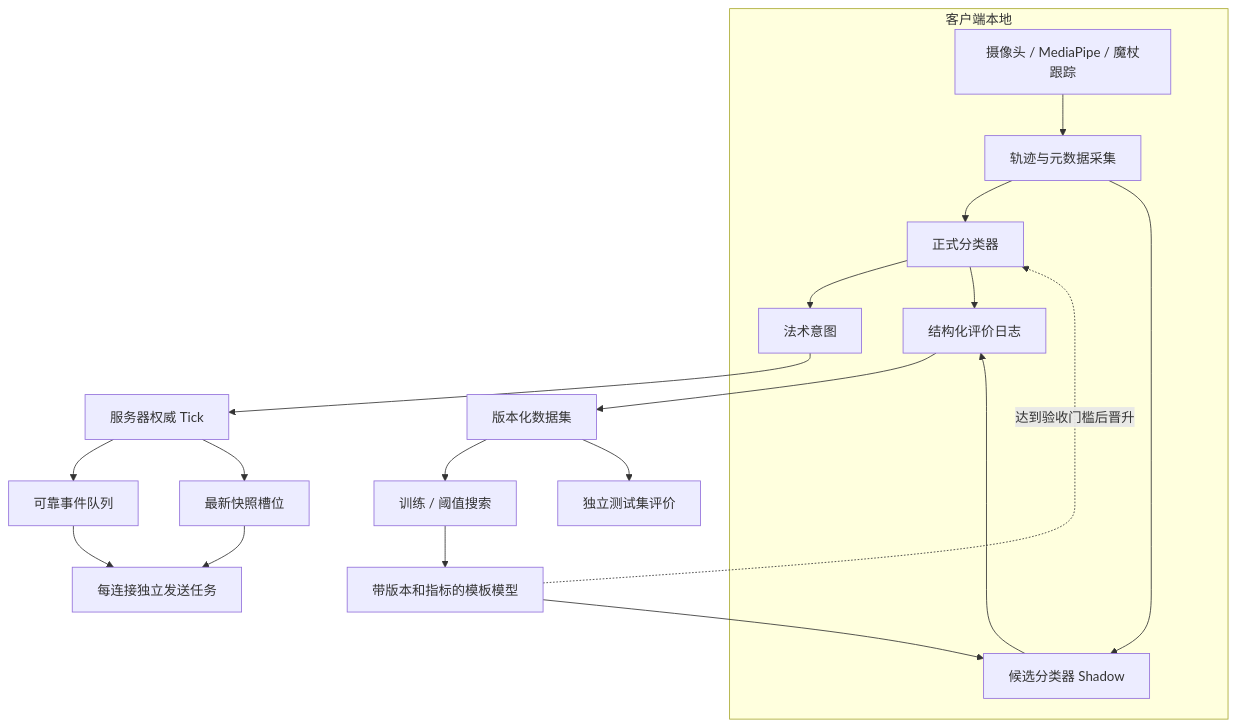
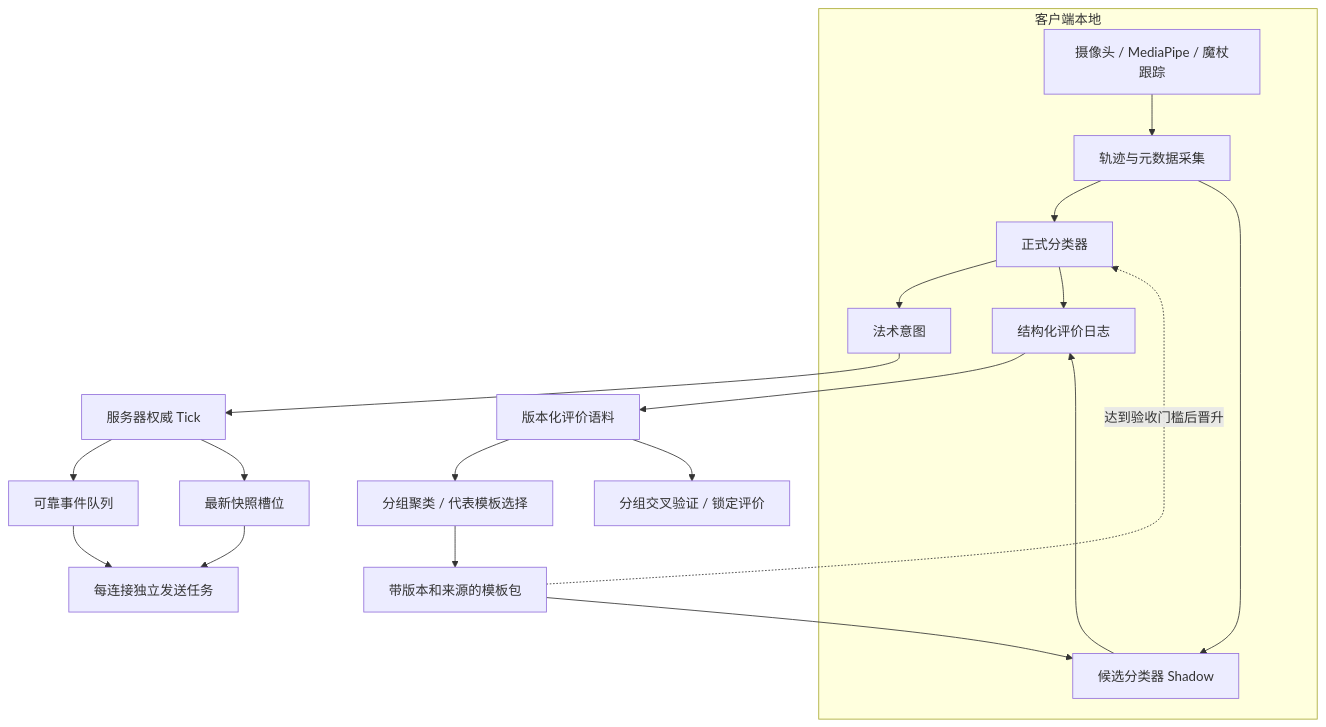
The diagram in docs/next_optimization_plan.md (Q1uP1nG/spells-battle), drawn with Mermaid before and after one commit. The commit also changed other lines of this file, not shown here.

````diff
--- a/docs/next_optimization_plan.md
+++ b/docs/next_optimization_plan.md
@@ -131,24 +133,24 @@
 ```mermaid
 flowchart TB
     subgraph Client["客户端本地"]
         Camera["摄像头 / MediaPipe / 魔杖跟踪"] --> Capture["轨迹与元数据采集"]
         Capture --> Primary["正式分类器"]
         Capture --> Shadow["候选分类器 Shadow"]
         Primary --> Intent["法术意图"]
         Primary --> EvalLog["结构化评价日志"]
         Shadow --> EvalLog
     end
 
-    EvalLog --> Dataset["版本化数据集"]
-    Dataset --> Train["训练 / 阈值搜索"]
-    Dataset --> Evaluate["独立测试集评价"]
-    Train --> Model["带版本和指标的模板模型"]
-    Model --> Shadow
-    Model -. "达到验收门槛后晋升" .-> Primary
+    EvalLog --> Corpus["版本化评价语料"]
+    Corpus --> Cluster["分组聚类 / 代表模板选择"]
+    Corpus --> Evaluate["分组交叉验证 / 锁定评价"]
+    Cluster --> Pack["带版本和来源的模板包"]
+    Pack --> Shadow
+    Pack -. "达到验收门槛后晋升" .-> Primary
 
     Intent --> ServerTick["服务器权威 Tick"]
     ServerTick --> Reliable["可靠事件队列"]
     ServerTick --> Latest["最新快照槽位"]
     Reliable --> Sender["每连接独立发送任务"]
     Latest --> Sender
 ```
````
